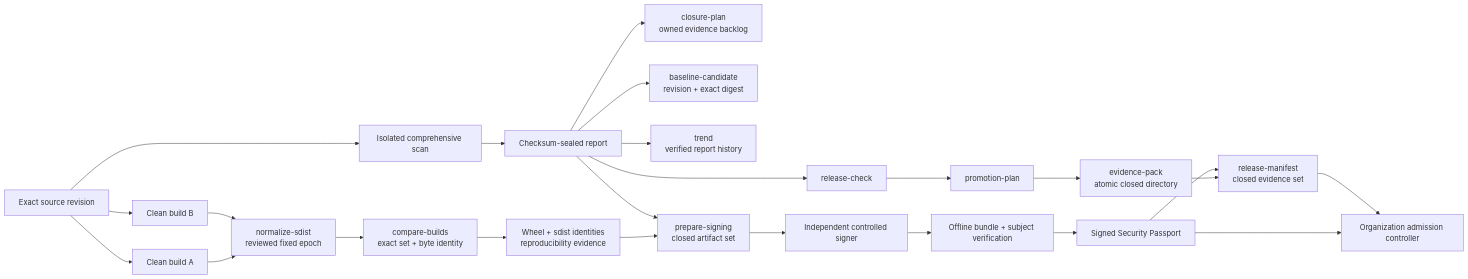
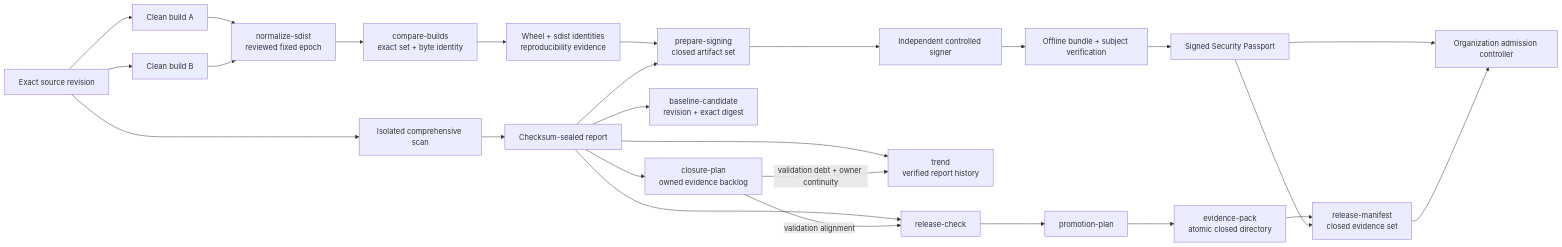
One commit to willtran87/project-py-security-suite changed the third of 11 diagrams in docs/design.md. Above: the diagram before and after it, drawn with Mermaid. The commit also changed other lines of this file and 31 other files, not shown here.

````diff
--- a/docs/design.md
+++ b/docs/design.md
@@ -120,26 +120,28 @@
 ```mermaid
 flowchart LR
     Source["Exact source revision"] --> BuildA["Clean build A"]
     Source --> BuildB["Clean build B"]
     BuildA --> Normalize["normalize-sdist<br/>reviewed fixed epoch"]
     BuildB --> Normalize
     Normalize --> Compare["compare-builds<br/>exact set + byte identity"]
     Source --> Scan["Isolated comprehensive scan"]
     Compare --> Payload["Wheel + sdist identities<br/>reproducibility evidence"]
     Scan --> Seal["Checksum-sealed report"]
     Seal --> Decision["release-check"]
     Seal --> Closure["closure-plan<br/>owned evidence backlog"]
+    Closure -->|"validation alignment"| Decision
     Decision --> Plan["promotion-plan"]
     Seal --> Baseline["baseline-candidate<br/>revision + exact digest"]
     Seal --> Trend["trend<br/>verified report history"]
+    Closure -->|"validation debt + owner continuity"| Trend
     Payload --> Request["prepare-signing<br/>closed artifact set"]
     Seal --> Request
     Request --> Signer["Independent controlled signer"]
     Signer --> Verify["Offline bundle + subject verification"]
     Verify --> Passport["Signed Security Passport"]
     Passport --> Admission["Organization admission controller"]
     Plan --> Pack["evidence-pack<br/>atomic closed directory"]
     Pack --> Manifest["release-manifest<br/>closed evidence set"]
     Passport --> Manifest
     Manifest --> Admission
 ```
````
